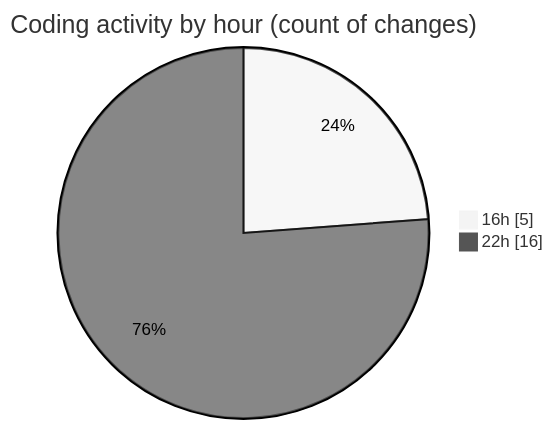
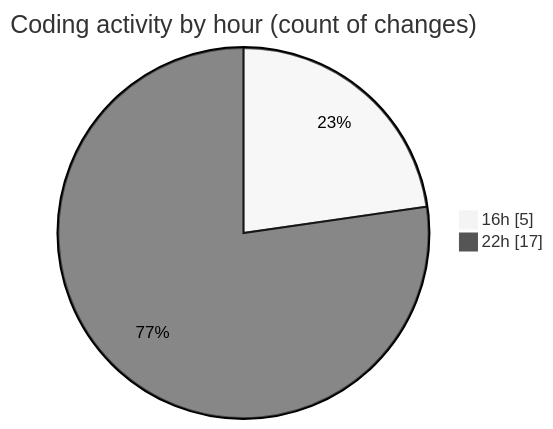
Before and after one commit to robertbonfada/code-tracking: the second of 2 diagrams in 2025-03-18/peregrino-web/README.md, drawn with Mermaid (neutral theme). The commit also changed other lines of this file and 1 other file, not shown here.

````diff
--- a/2025-03-18/peregrino-web/README.md
+++ b/2025-03-18/peregrino-web/README.md
@@ -36,6 +36,6 @@
 ```mermaid
 pie showData
 title Coding activity by hour (count of changes)
 "16h" : 5
-"22h" : 16
+"22h" : 17
 ```
````
